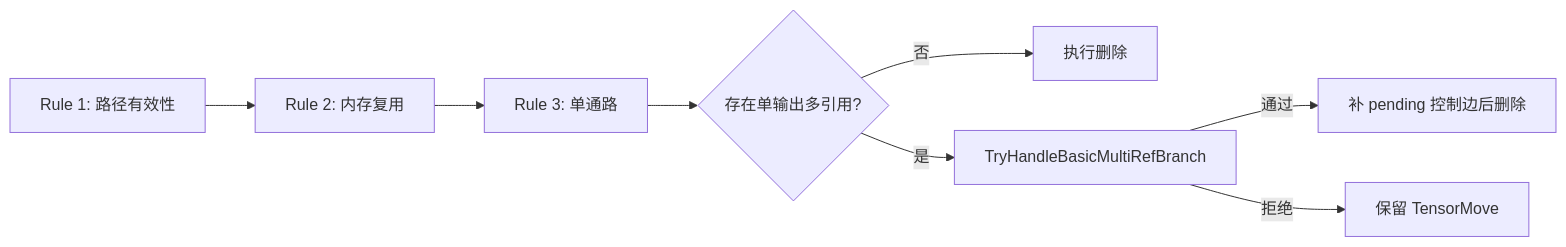
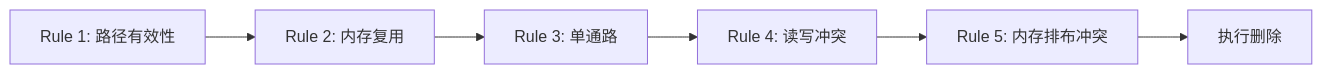
Before and after one commit to hicann/ge: the second of 2 diagrams in docs/architecture/features/tensormove_delete.md, drawn with Mermaid. The commit also changed other lines of this file and 12 other files, not shown here.

````diff
--- a/docs/architecture/features/tensormove_delete.md
+++ b/docs/architecture/features/tensormove_delete.md
@@ -218,10 +172,8 @@
 ```mermaid
 flowchart LR
     R1[Rule 1: 路径有效性] --> R2[Rule 2: 内存复用]
     R2 --> R3[Rule 3: 单通路]
-    R3 --> M{存在单输出多引用?}
-    M -- 否 --> DEL[执行删除]
-    M -- 是 --> H[TryHandleBasicMultiRefBranch]
-    H -- 通过 --> E[补 pending 控制边后删除]
-    H -- 拒绝 --> KEEP[保留 TensorMove]
+    R3 --> R4[Rule 4: 读写冲突]
+    R4 --> R5[Rule 5: 内存排布冲突]
+    R5 --> DEL[执行删除]
 ```
````
